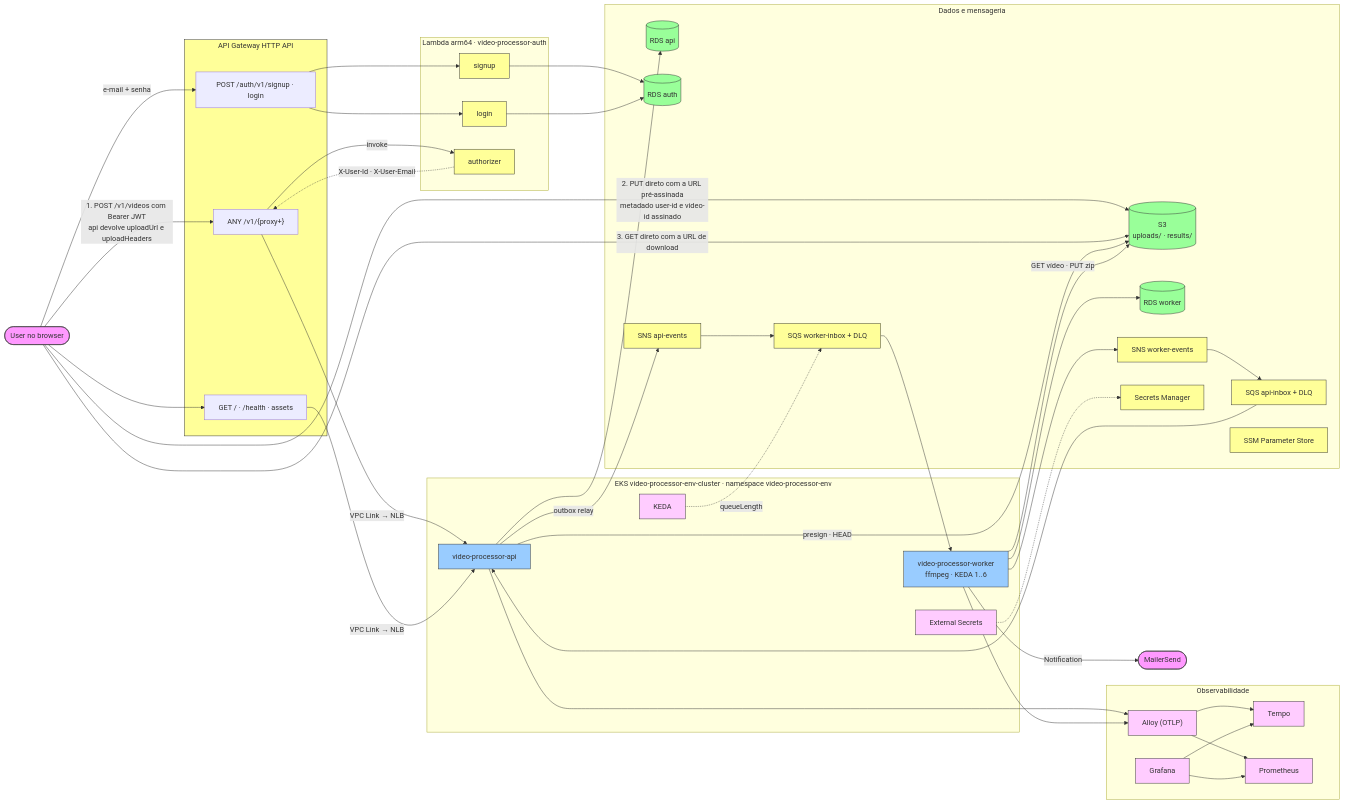
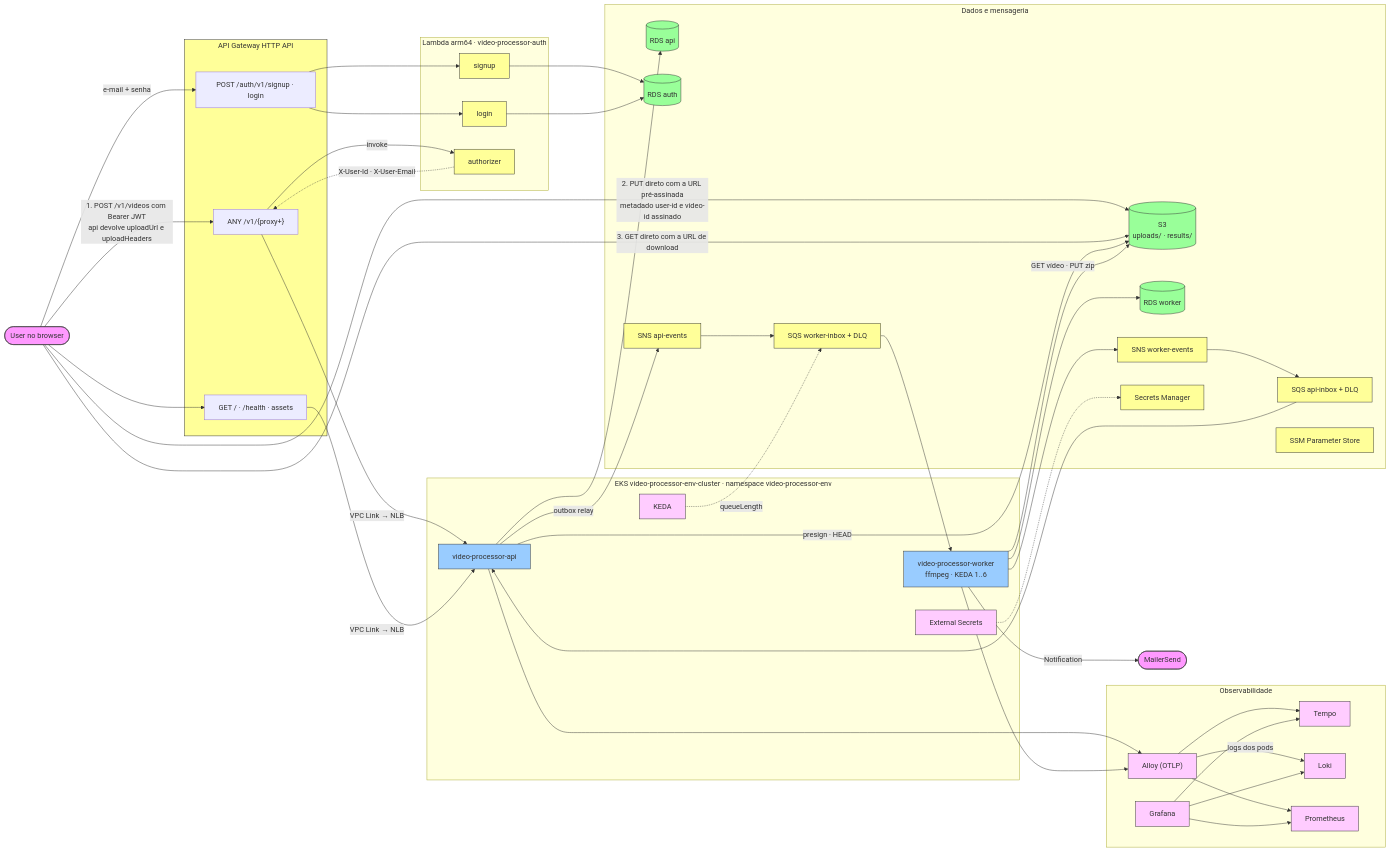
One commit to ivanzao/fiap-video-processor changed the diagram in docs/diagrams/01-topology.md. Above: the diagram before and after it, drawn with Mermaid. The commit also changed 31 other files, not shown here.

````diff
--- a/docs/diagrams/01-topology.md
+++ b/docs/diagrams/01-topology.md
@@ -55,6 +55,7 @@
     subgraph Obs["Observabilidade"]
         Alloy["Alloy (OTLP)"]:::obs
         Tempo["Tempo"]:::obs
+        Loki["Loki"]:::obs
         Prom["Prometheus"]:::obs
         Grafana["Grafana"]:::obs
     end
@@ -92,6 +93,8 @@
     Worker --> Alloy
     Alloy --> Tempo
     Alloy --> Prom
+    Alloy -->|"logs dos pods"| Loki
     Grafana --> Tempo
+    Grafana --> Loki
     Grafana --> Prom
 ```
````
